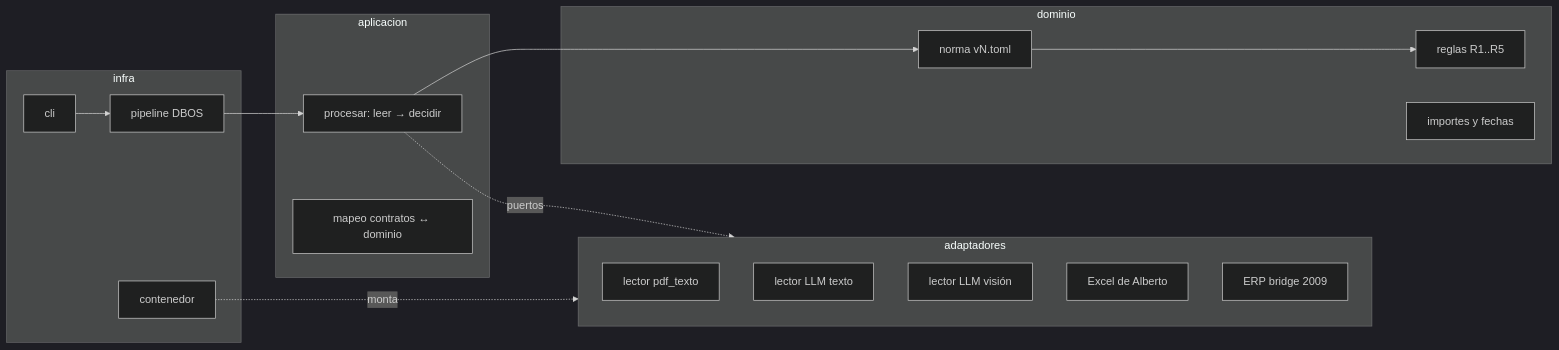
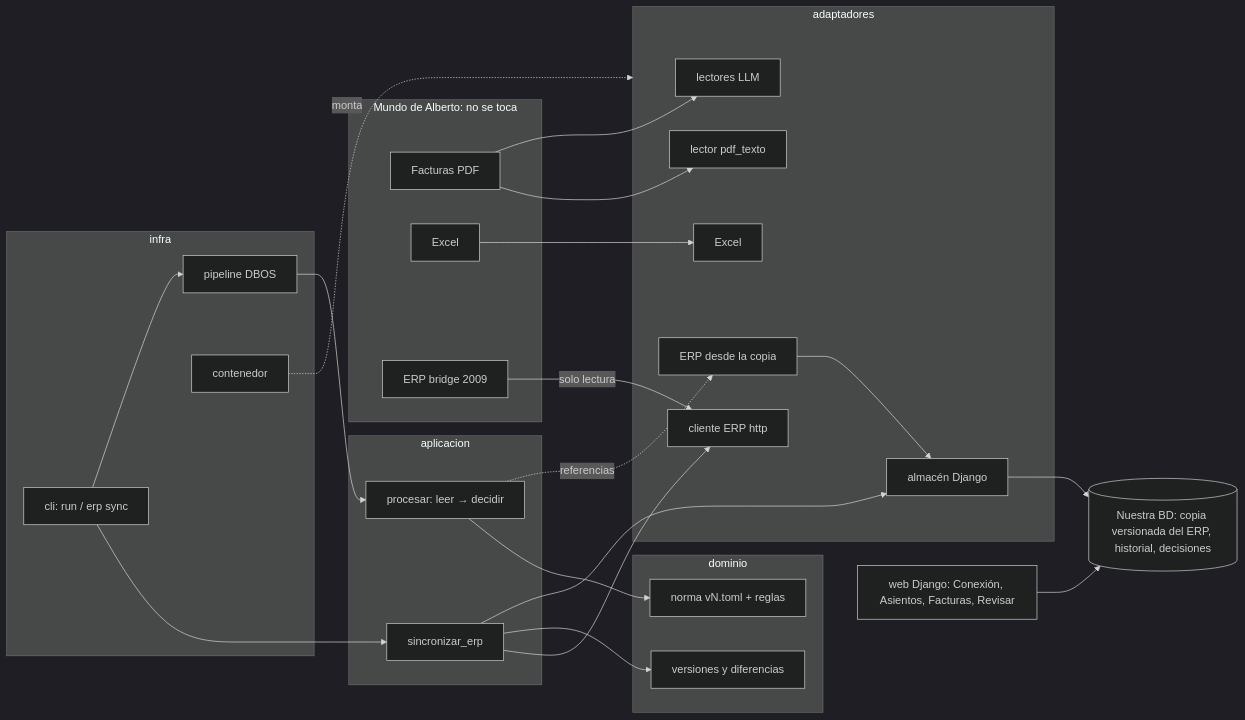
Before and after one commit to antoniorjmnz/upistas: the diagram in docs/arquitectura.md, drawn with Mermaid (dark theme). The commit also changed other lines of this file and 32 other files, not shown here.

Commit message:
feat(fuentes): conector del ERP y copia local versionada (#50)

````diff
--- a/docs/arquitectura.md
+++ b/docs/arquitectura.md
@@ -6,27 +6,42 @@
 ```mermaid
 flowchart LR
+  subgraph fuera[Mundo de Alberto: no se toca]
+    PDF[Facturas PDF]
+    XLS[Excel]
+    BR[ERP bridge 2009]
+  end
   subgraph infra[infra]
-    CLI[cli] --> P[pipeline DBOS]
+    CLI[cli: run / erp sync]
+    P[pipeline DBOS]
     C[contenedor]
   end
   subgraph ad[adaptadores]
     L1[lector pdf_texto]
-    L2[lector LLM texto]
-    L3[lector LLM visión]
-    X[Excel de Alberto]
-    E[ERP bridge 2009]
+    L2[lectores LLM]
+    XA[Excel]
+    EH[cliente ERP http]
+    EC[ERP desde la copia]
+    DJ[almacén Django]
   end
   subgraph app[aplicacion]
     U[procesar: leer → decidir]
-    M[mapeo contratos ↔ dominio]
+    S[sincronizar_erp]
   end
   subgraph dom[dominio]
-    N[norma vN.toml]
-    R[reglas R1..R5]
-    I[importes y fechas]
+    N[norma vN.toml + reglas]
+    V[versiones y diferencias]
   end
-  P --> U
+  DB[(Nuestra BD: copia versionada del ERP, historial, decisiones)]
+  WEB[web Django: Conexión, Asientos, Facturas, Revisar]
+  BR -- solo lectura --> EH
+  PDF --> L1 & L2
+  XLS --> XA
+  CLI --> S & P
+  S --> EH
+  S --> V
+  S --> DJ --> DB
+  P --> U --> N
+  U -. referencias .-> EC --> DJ
+  WEB --> DB
   C -. monta .-> ad
-  U --> N --> R
-  U -. puertos .-> ad
 ```
````
